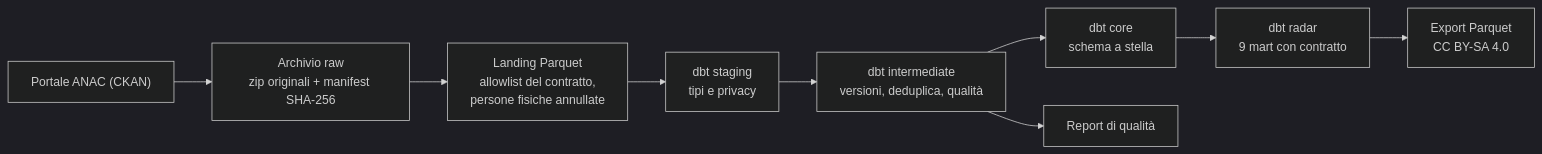
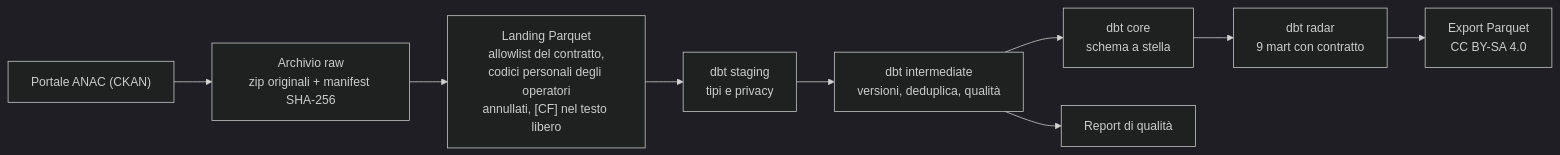
Before and after one commit to HARISPAARTAN/anac-appalti-dbt: the first of 2 diagrams in README.md, drawn with Mermaid (dark theme). The commit also changed other lines of this file and 7 other files, not shown here.

````diff
--- a/README.md
+++ b/README.md
@@ -38,11 +38,11 @@
 ```mermaid
 flowchart LR
   ckan["Portale ANAC (CKAN)"] --> raw["Archivio raw<br/>zip originali + manifest SHA-256"]
-  raw --> landing["Landing Parquet<br/>allowlist del contratto,<br/>persone fisiche annullate"]
+  raw --> landing["Landing Parquet<br/>allowlist del contratto,<br/>codici personali degli operatori<br/>annullati, [CF] nel testo libero"]
   landing --> stg["dbt staging<br/>tipi e privacy"]
   stg --> int["dbt intermediate<br/>versioni, deduplica, qualità"]
   int --> core["dbt core<br/>schema a stella"]
   core --> radar["dbt radar<br/>9 mart con contratto"]
   radar --> parquet["Export Parquet<br/>CC BY-SA 4.0"]
   int --> dq["Report di qualità"]
 ```
````
